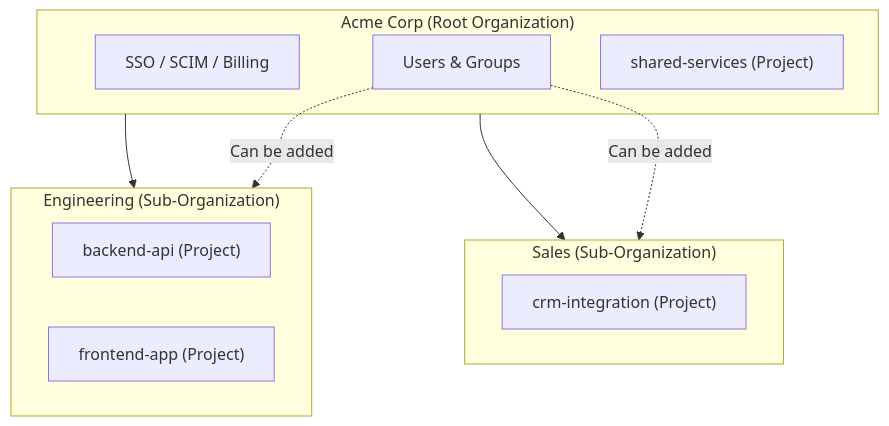
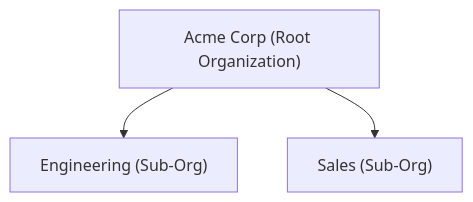
Before and after one commit to Infisical/infisical: the diagram in docs/documentation/platform/organization.mdx, drawn with Mermaid. The commit also changed other lines of this file, not shown here.

Commit message:
docs: simplify sub-org diagram and fix creation workflow
- Simplify Mermaid diagram to show clean hierarchy
- Fix creation steps: Organization tab → + New Sub-Organization
- Add missing sub-org-list.png image reference

````diff
--- a/docs/documentation/platform/organization.mdx
+++ b/docs/documentation/platform/organization.mdx
@@ -62,22 +62,9 @@
 ```mermaid
 graph TD
-    subgraph Root ["Acme Corp (Root Organization)"]
-        Auth["SSO / SCIM / Billing"]
-        Users["Users & Groups"]
-        RootProj["shared-services (Project)"]
-    end
-
-    subgraph SubEng ["Engineering (Sub-Organization)"]
-        EngProj1["backend-api (Project)"]
-        EngProj2["frontend-app (Project)"]
-    end
-
-    subgraph SubSales ["Sales (Sub-Organization)"]
-        SalesProj["crm-integration (Project)"]
-    end
-
+    Root["Acme Corp (Root Organization)"]
+    SubEng["Engineering (Sub-Org)"]
+    SubSales["Sales (Sub-Org)"]
+    
     Root --> SubEng
     Root --> SubSales
-    Users -.->|Can be added| SubEng
-    Users -.->|Can be added| SubSales
 ```
````
